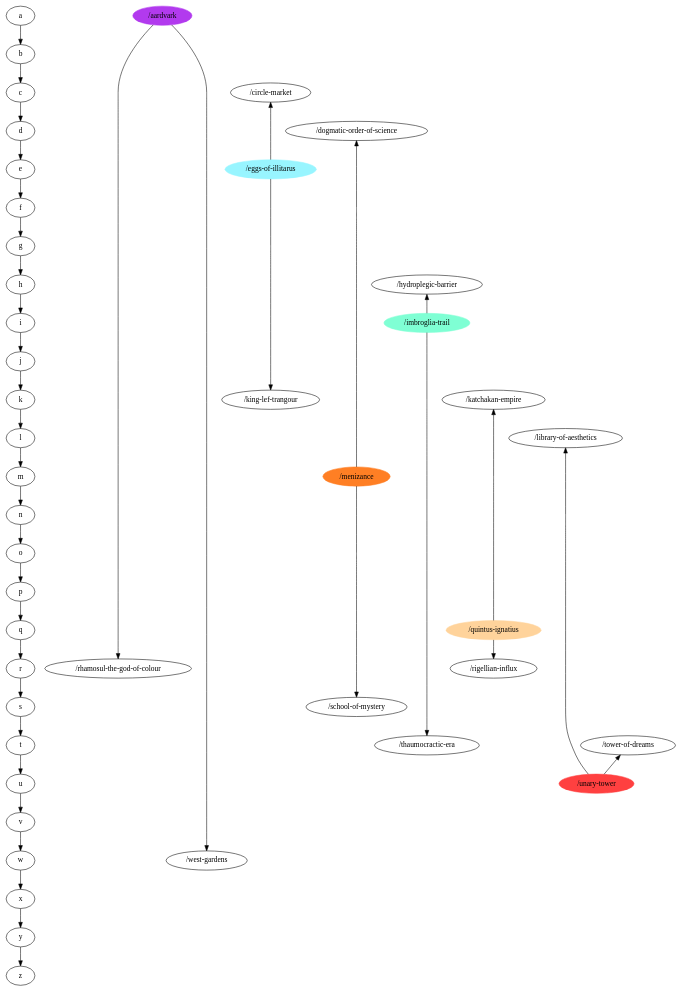
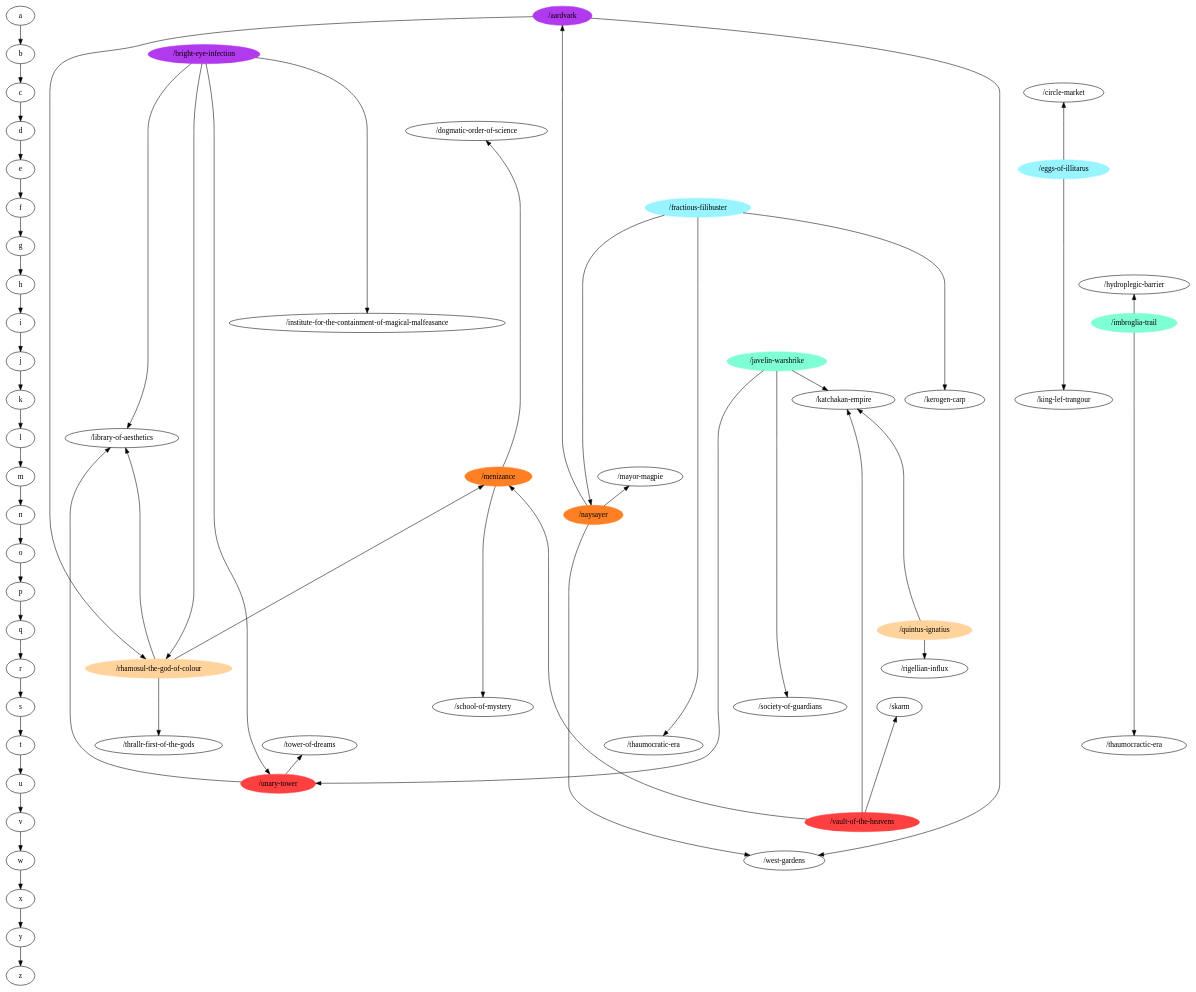
Before and after one commit to m-r-hunt/od117-walker: the diagram in at-ranked.dot, drawn with Graphviz. The commit also changed 3 other files, not shown here.

Commit message:
Update graphs.

```diff
--- a/at-ranked.dot
+++ b/at-ranked.dot
@@ -1,111 +1,142 @@
 digraph G {
 a->b->c->d->e->f->g->h->i->j->k->l->m->n->o->p->q->r->s->t->u->v->w->x->y->z;
 { rank=same;
 a;
 "/aardvark" [color=darkorchid2,style=filled];
 }
 { rank=same;
 b;
+"/bright-eye-infection" [color=darkorchid2,style=filled];
 }
 { rank=same;
 c;
 "/circle-market";
 }
 { rank=same;
 d;
 "/dogmatic-order-of-science";
 }
 { rank=same;
 e;
 "/eggs-of-illitarus" [color=cadetblue1,style=filled];
 }
 { rank=same;
 f;
+"/fractious-filibuster" [color=cadetblue1,style=filled];
 }
 { rank=same;
 g;
 }
 { rank=same;
 h;
 "/hydroplegic-barrier";
 }
 { rank=same;
 i;
+"/institute-for-the-containment-of-magical-malfeasance";
 "/imbroglia-trail" [color=aquamarine,style=filled];
 }
 { rank=same;
 j;
+"/javelin-warshrike" [color=aquamarine,style=filled];
 }
 { rank=same;
 k;
+"/kerogen-carp";
 "/king-lef-trangour";
 "/katchakan-empire";
 }
 { rank=same;
 l;
 "/library-of-aesthetics";
 }
 { rank=same;
 m;
+"/mayor-magpie";
 "/menizance" [color=chocolate1,style=filled];
 }
 { rank=same;
 n;
+"/naysayer" [color=chocolate1,style=filled];
 }
 { rank=same;
 o;
 }
 { rank=same;
 p;
 }
 { rank=same;
 q;
 "/quintus-ignatius" [color=burlywood1,style=filled];
 }
 { rank=same;
 r;
-"/rhamosul-the-god-of-colour";
+"/rhamosul-the-god-of-colour" [color=burlywood1,style=filled];
 "/rigellian-influx";
 }
 { rank=same;
 s;
+"/skarm";
 "/school-of-mystery";
+"/society-of-guardians";
 }
 { rank=same;
 t;
+"/thrallr-first-of-the-gods";
 "/thaumocractic-era";
+"/thaumocratic-era";
 "/tower-of-dreams";
 }
 { rank=same;
 u;
 "/unary-tower" [color=brown1,style=filled];
 }
 { rank=same;
 v;
+"/vault-of-the-heavens" [color=brown1,style=filled];
 }
 { rank=same;
 w;
 "/west-gardens";
 }
 { rank=same;
 x;
 }
 { rank=same;
 y;
 }
 { rank=same;
 z;
 }
 "/unary-tower" -> "/tower-of-dreams";
 "/unary-tower" -> "/library-of-aesthetics";
+"/javelin-warshrike" -> "/unary-tower";
+"/javelin-warshrike" -> "/society-of-guardians";
+"/javelin-warshrike" -> "/katchakan-empire";
 "/imbroglia-trail" -> "/thaumocractic-era";
 "/imbroglia-trail" -> "/hydroplegic-barrier";
+"/rhamosul-the-god-of-colour" -> "/thrallr-first-of-the-gods";
+"/rhamosul-the-god-of-colour" -> "/library-of-aesthetics";
+"/rhamosul-the-god-of-colour" -> "/menizance";
 "/eggs-of-illitarus" -> "/king-lef-trangour";
 "/eggs-of-illitarus" -> "/circle-market";
+"/naysayer" -> "/west-gardens";
+"/naysayer" -> "/mayor-magpie";
+"/naysayer" -> "/aardvark";
 "/quintus-ignatius" -> "/rigellian-influx";
 "/quintus-ignatius" -> "/katchakan-empire";
+"/bright-eye-infection" -> "/institute-for-the-containment-of-magical-malfeasance";
+"/bright-eye-infection" -> "/unary-tower";
+"/bright-eye-infection" -> "/rhamosul-the-god-of-colour";
+"/bright-eye-infection" -> "/library-of-aesthetics";
+"/vault-of-the-heavens" -> "/skarm";
+"/vault-of-the-heavens" -> "/menizance";
+"/vault-of-the-heavens" -> "/katchakan-empire";
+"/fractious-filibuster" -> "/kerogen-carp";
+"/fractious-filibuster" -> "/naysayer";
+"/fractious-filibuster" -> "/thaumocratic-era";
 "/menizance" -> "/school-of-mystery";
 "/menizance" -> "/dogmatic-order-of-science";
 "/aardvark" -> "/rhamosul-the-god-of-colour";
 "/aardvark" -> "/west-gardens";
 }
```
